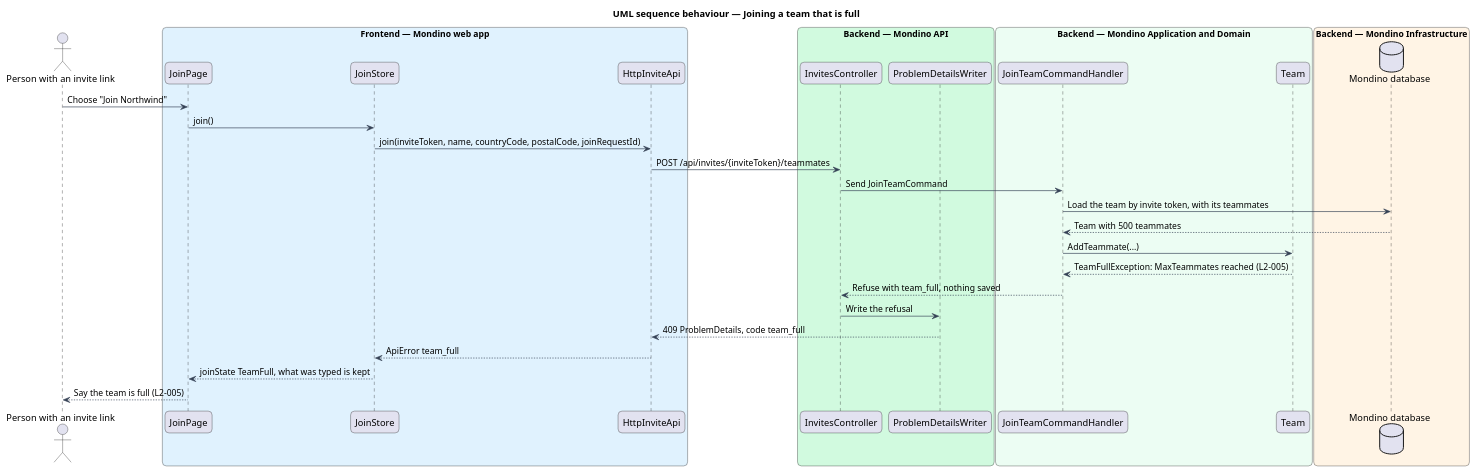
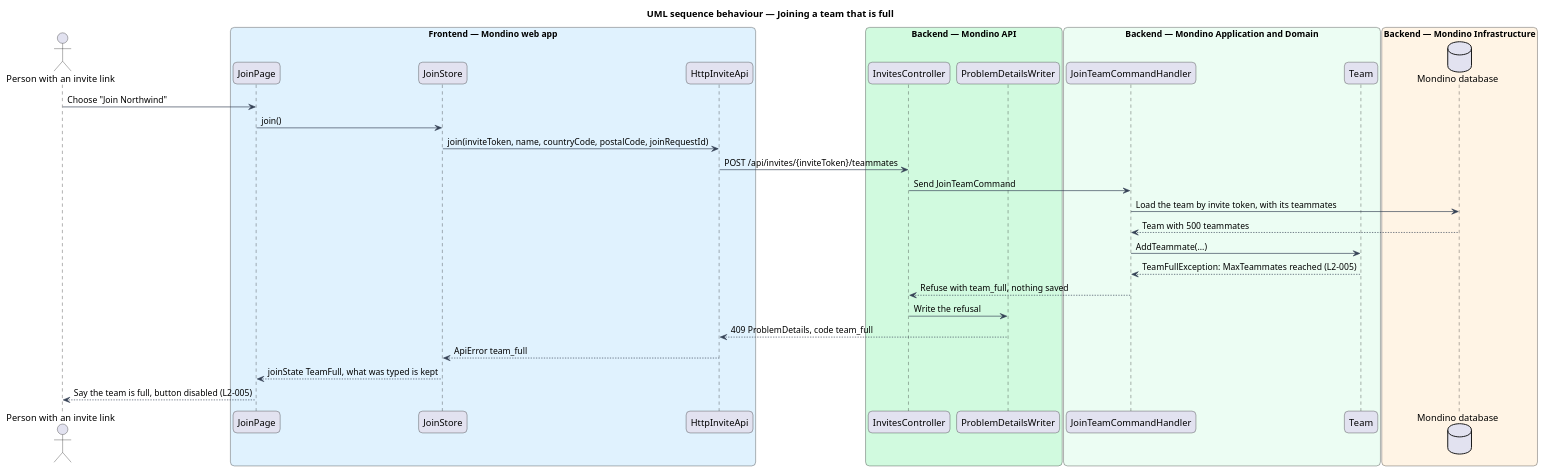
Before and after one commit to QuinntyneBrown/Mondino: the diagram in docs/detailed-designs/joining/join-team/diagrams/sequence-team-full.puml, drawn with PlantUML. The commit also changed 11 other files, not shown here.

```diff
--- a/docs/detailed-designs/joining/join-team/diagrams/sequence-team-full.puml
+++ b/docs/detailed-designs/joining/join-team/diagrams/sequence-team-full.puml
@@ -1,50 +1,50 @@
 @startuml
 title UML sequence behaviour — Joining a team that is full
 skinparam backgroundColor #FFFFFF
 skinparam shadowing false
 skinparam roundcorner 12
 skinparam defaultFontName Arial
 skinparam ArrowColor #344054
 skinparam rectangle {
   BorderColor #344054
   FontColor #101828
 }
 skinparam package {
   BorderColor #667085
   FontColor #101828
   BackgroundColor #F9FAFB
 }
 
 actor "Person with an invite link" as actor
 box "Frontend — Mondino web app" #E0F2FE
   participant "JoinPage" as page
   participant "JoinStore" as store
   participant "HttpInviteApi" as client
 end box
 box "Backend — Mondino API" #D1FADF
   participant "InvitesController" as controller
   participant "ProblemDetailsWriter" as problems
 end box
 box "Backend — Mondino Application and Domain" #ECFDF3
   participant "JoinTeamCommandHandler" as handler
   participant "Team" as team
 end box
 box "Backend — Mondino Infrastructure" #FFF4E5
   database "Mondino database" as db
 end box
 actor -> page : Choose "Join Northwind"
 page -> store : join()
 store -> client : join(inviteToken, name, countryCode, postalCode, joinRequestId)
 client -> controller : POST /api/invites/{inviteToken}/teammates
 controller -> handler : Send JoinTeamCommand
 handler -> db : Load the team by invite token, with its teammates
 db --> handler : Team with 500 teammates
 handler -> team : AddTeammate(...)
 team --> handler : TeamFullException: MaxTeammates reached (L2-005)
 handler --> controller : Refuse with team_full, nothing saved
 controller -> problems : Write the refusal
 problems --> client : 409 ProblemDetails, code team_full
 client --> store : ApiError team_full
 store --> page : joinState TeamFull, what was typed is kept
-page --> actor : Say the team is full (L2-005)
+page --> actor : Say the team is full, button disabled (L2-005)
 @enduml
```
